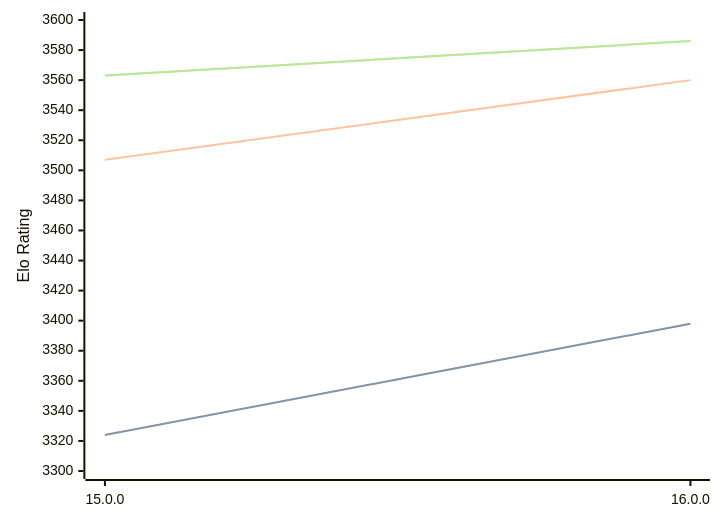
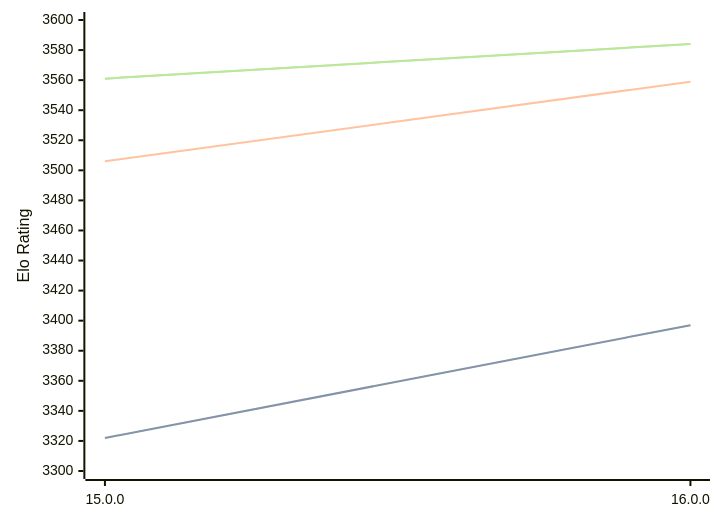
The diagram in engines/Halogen.md (computer-chess-index/cci), drawn with Mermaid before and after one commit. The commit also changed other lines of this file, not shown here.

Commit message:
Update CCI Ratings (ELO VLTC) - 2026-04-26

````diff
--- a/engines/Halogen.md
+++ b/engines/Halogen.md
@@ -50,11 +50,11 @@
 ```mermaid
 %%{init: {"theme":"base","themeVariables":{"seriesColors:['#a3a3a3','#222221','#faa371']}}}%%
 xychart-beta
   x-axis ["15.0.0", "16.0.0"]
   y-axis "Elo Rating" 3300 --> 3600
-  line "STC (8.0+0.08s)" [3324, 3398]
-  line "STC (8.0+0.08s)" [3324, 3398]
-  line "LTC (60.0+0.60s)" [3507, 3560]
-  line "VLTC (2m24s+1.12s)" [3563, 3586]
-  line "VLTC (2m24s+1.12s)" [3563, 3586]
+  line "STC (8.0+0.08s)" [3322, 3397]
+  line "STC (8.0+0.08s)" [3322, 3397]
+  line "LTC (60.0+0.60s)" [3506, 3559]
+  line "VLTC (2m24s+1.12s)" [3561, 3584]
+  line "VLTC (2m24s+1.12s)" [3561, 3584]
 ```
````
